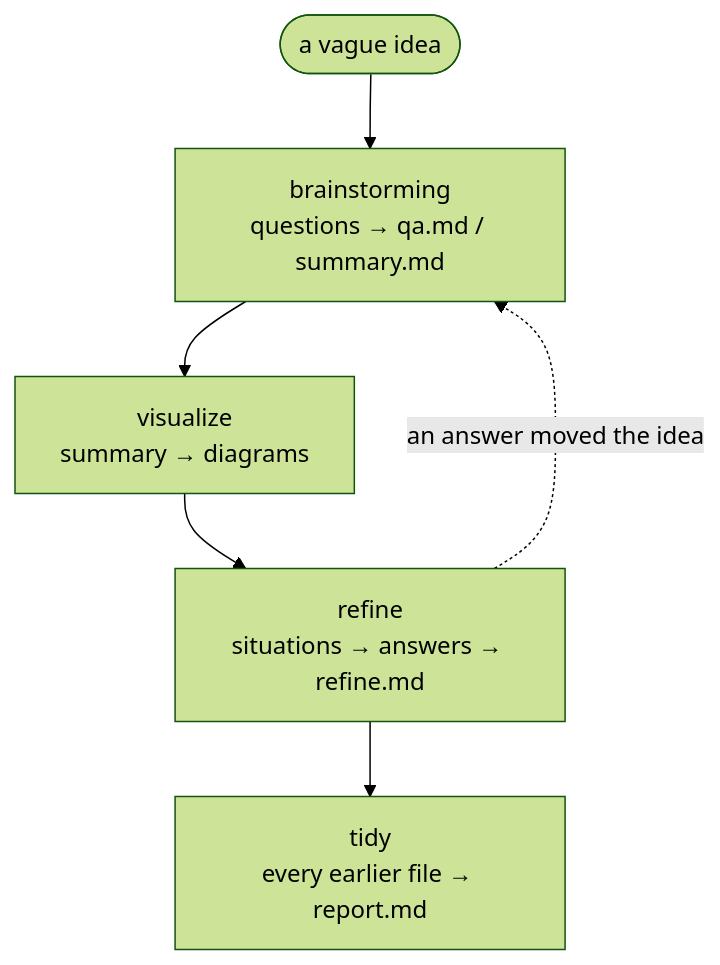
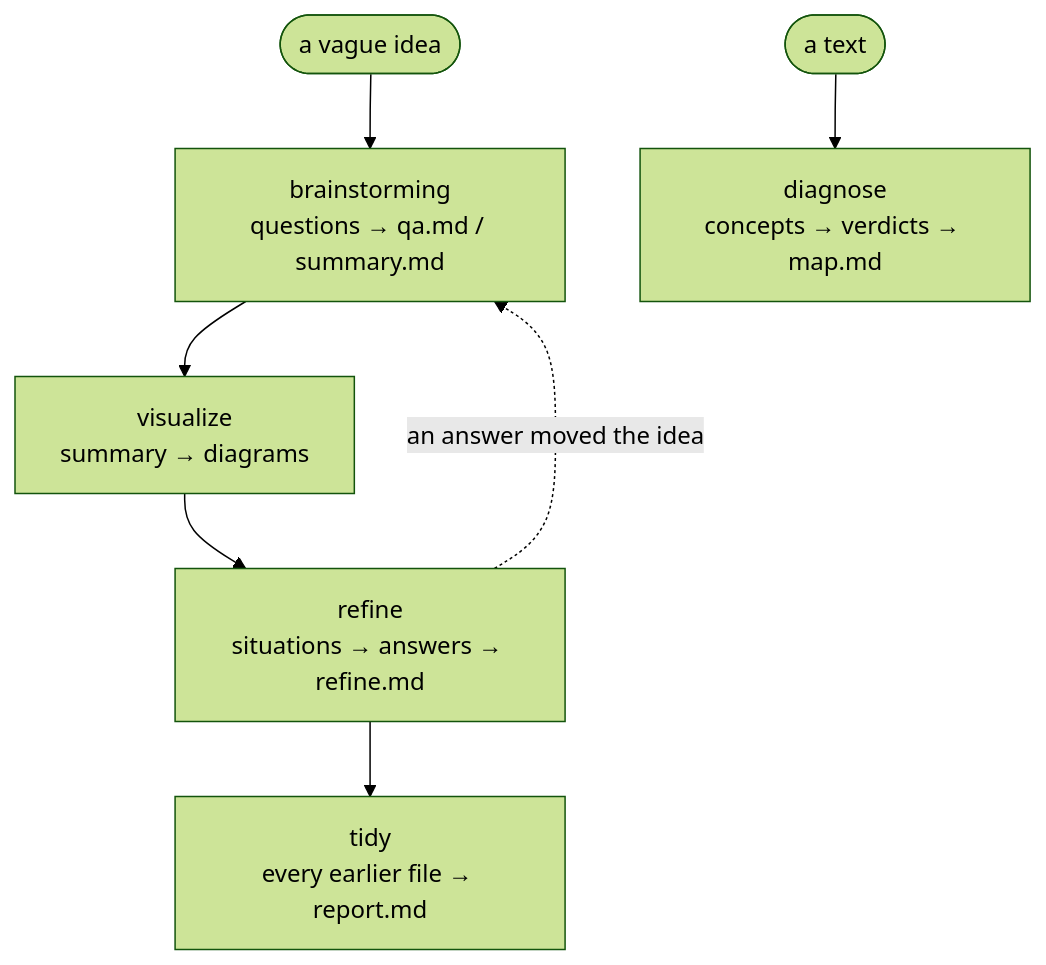
One commit to Uniterra-Solutions/tidy-up-your-thoughts changed the diagram in README.md. Above: the diagram before and after it, drawn with Mermaid (forest theme). The commit also changed other lines of this file and 5 other files, not shown here.

````diff
--- a/README.md
+++ b/README.md
@@ -49,8 +51,9 @@
 ```mermaid
 flowchart TB
   idea(["a vague idea"]) --> q["brainstorming<br/>questions → qa.md / summary.md"]
   q --> v["visualize<br/>summary → diagrams"]
   v --> r["refine<br/>situations → answers → refine.md"]
   r --> t["tidy<br/>every earlier file → report.md"]
   r -.->|"an answer moved the idea"| q
+  text(["a text"]) --> d["diagnose<br/>concepts → verdicts → map.md"]
 ```
````
